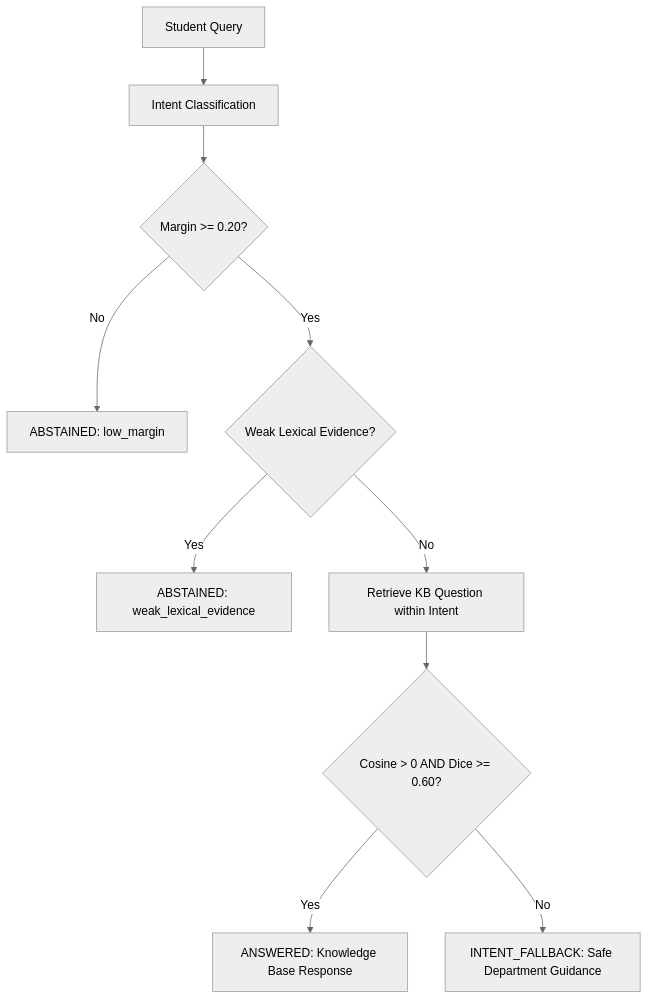
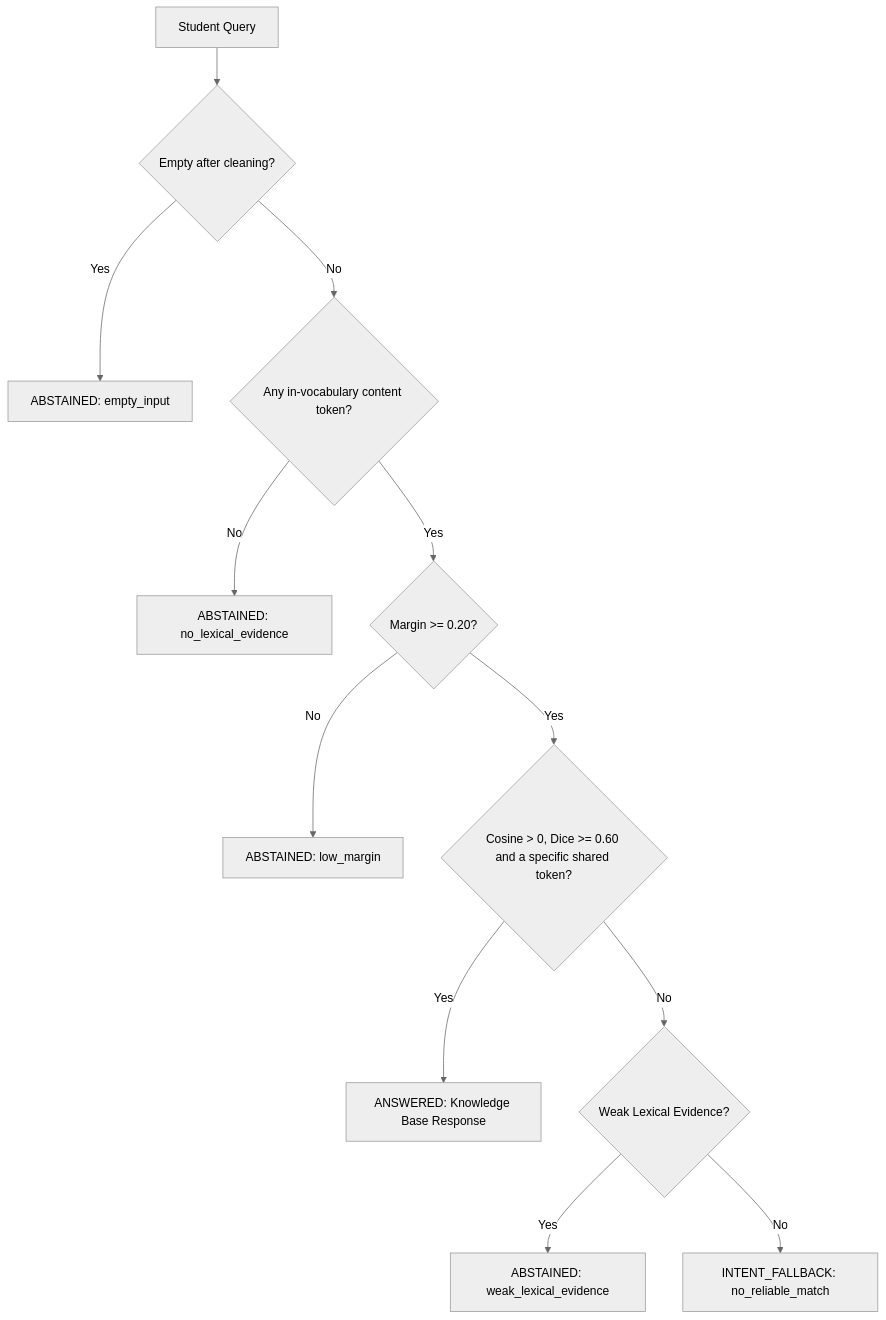
Before and after one commit to Dipanshi1/ai_chatbot_system: the diagram in README.md, drawn with Mermaid (neutral theme). The commit also changed other lines of this file, not shown here.

````diff
--- a/README.md
+++ b/README.md
@@ -156,12 +205,14 @@
 ```mermaid
 flowchart TD
-    Q[Student Query] --> P[Intent Classification]
-    P --> M{Margin >= 0.20?}
+    Q[Student Query] --> E{Empty after cleaning?}
+    E -- Yes --> A0[ABSTAINED: empty_input]
+    E -- No --> V{Any in-vocabulary content token?}
+    V -- No --> A1[ABSTAINED: no_lexical_evidence]
+    V -- Yes --> M{Margin >= 0.20?}
     M -- No --> A[ABSTAINED: low_margin]
-    M -- Yes --> L{Weak Lexical Evidence?}
+    M -- Yes --> D{Cosine > 0, Dice >= 0.60 and a specific shared token?}
+    D -- Yes --> ANS[ANSWERED: Knowledge Base Response]
+    D -- No --> L{Weak Lexical Evidence?}
     L -- Yes --> A2[ABSTAINED: weak_lexical_evidence]
-    L -- No --> R[Retrieve KB Question within Intent]
-    R --> D{Cosine > 0 AND Dice >= 0.60?}
-    D -- Yes --> ANS[ANSWERED: Knowledge Base Response]
-    D -- No --> FB[INTENT_FALLBACK: Safe Department Guidance]
+    L -- No --> FB[INTENT_FALLBACK: no_reliable_match]
 ```
````
